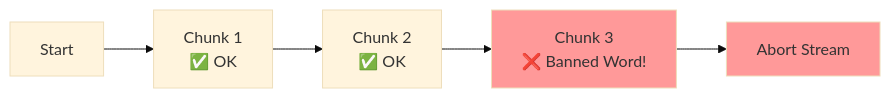
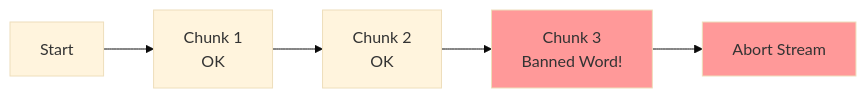
Before and after one commit to AltairaLabs/PromptKit: the fourth of 4 diagrams in docs/src/content/docs/arena/reference/validators.md, drawn with Mermaid (base theme). The commit also changed other lines of this file and 9 other files, not shown here.

````diff
--- a/docs/src/content/docs/arena/reference/validators.md
+++ b/docs/src/content/docs/arena/reference/validators.md
@@ -396,10 +128,10 @@
 ```mermaid
 graph LR
-    Start["Start"] --> C1["Chunk 1<br/>✅ OK"]
-    C1 --> C2["Chunk 2<br/>✅ OK"]
-    C2 --> C3["Chunk 3<br/>❌ Banned Word!"]
+    Start["Start"] --> C1["Chunk 1<br/>OK"]
+    C1 --> C2["Chunk 2<br/>OK"]
+    C2 --> C3["Chunk 3<br/>Banned Word!"]
     C3 --> Abort["Abort Stream"]
 
     style C3 fill:#f99
     style Abort fill:#f99
 ```
````
